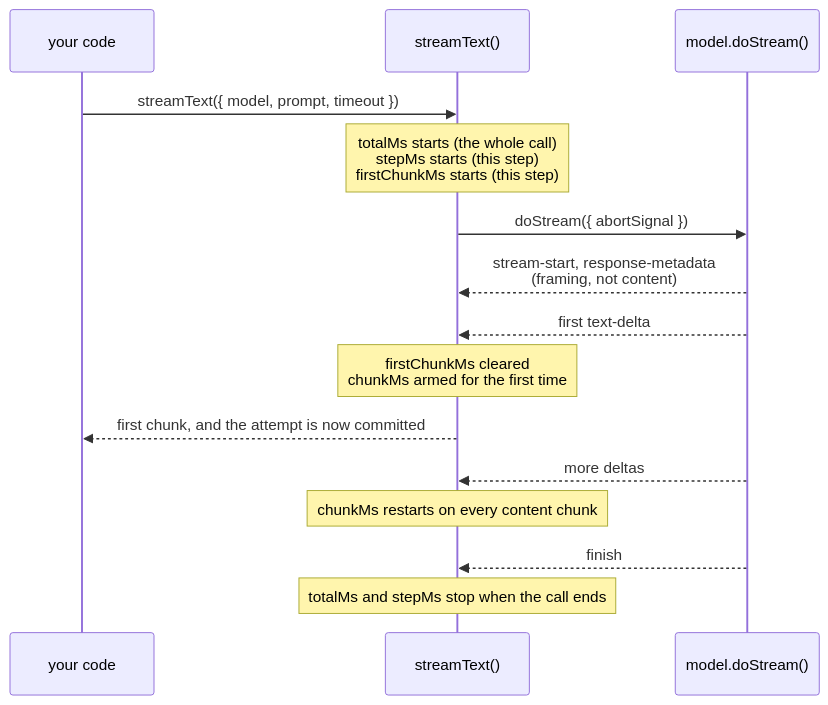
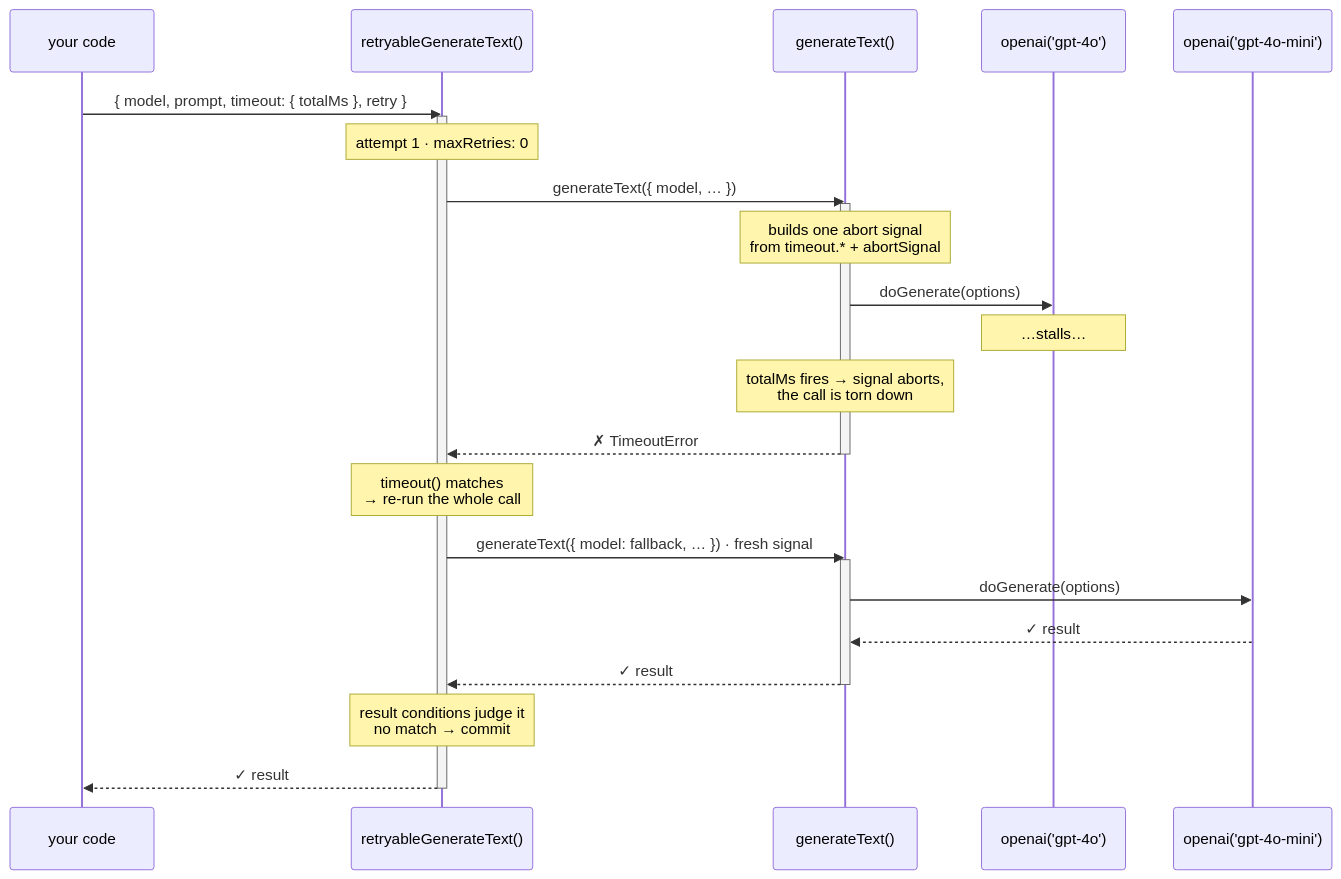
Before and after one commit to zirkelc/ai-retry: the second of 2 diagrams in README.md, drawn with Mermaid. The commit also changed other lines of this file and 22 other files, not shown here.

First line of the commit message:
feat!: promote call-level retry functions to stable

````diff
--- a/README.md
+++ b/README.md
@@ -1076,18 +70,34 @@
 ```mermaid
 sequenceDiagram
-  participant You as your code
-  participant Call as streamText()
-  participant Model as model.doStream()
+    participant You as your code
+    participant RC as retryableGenerateText()
+    participant SDK as generateText()
+    participant M as openai('gpt-4o')
+    participant F as openai('gpt-4o-mini')
 
-  You->>Call: streamText({ model, prompt, timeout })
-  Note over Call: totalMs starts (the whole call)<br>stepMs starts (this step)<br>firstChunkMs starts (this step)
-  Call->>Model: doStream({ abortSignal })
-  Model-->>Call: stream-start, response-metadata<br>(framing, not content)
-  Model-->>Call: first text-delta
-  Note over Call: firstChunkMs cleared<br>chunkMs armed for the first time
-  Call-->>You: first chunk, and the attempt is now committed
-  Model-->>Call: more deltas
-  Note over Call: chunkMs restarts on every content chunk
-  Model-->>Call: finish
-  Note over Call: totalMs and stepMs stop when the call ends
+    You->>RC: { model, prompt, timeout: { totalMs }, retry }
+    activate RC
+    Note over RC: attempt 1 · maxRetries: 0
+
+    RC->>SDK: generateText({ model, … })
+    activate SDK
+    Note over SDK: builds one abort signal<br/>from timeout.* + abortSignal
+    SDK->>M: doGenerate(options)
+    Note over M: …stalls…
+    Note over SDK: totalMs fires → signal aborts,<br/>the call is torn down
+    SDK-->>RC: ✗ TimeoutError
+    deactivate SDK
+
+    Note over RC: timeout() matches<br/>→ re-run the whole call
+
+    RC->>SDK: generateText({ model: fallback, … }) · fresh signal
+    activate SDK
+    SDK->>F: doGenerate(options)
+    F-->>SDK: ✓ result
+    SDK-->>RC: ✓ result
+    deactivate SDK
+
+    Note over RC: result conditions judge it<br/>no match → commit
+    RC-->>You: ✓ result
+    deactivate RC
 ```
````
